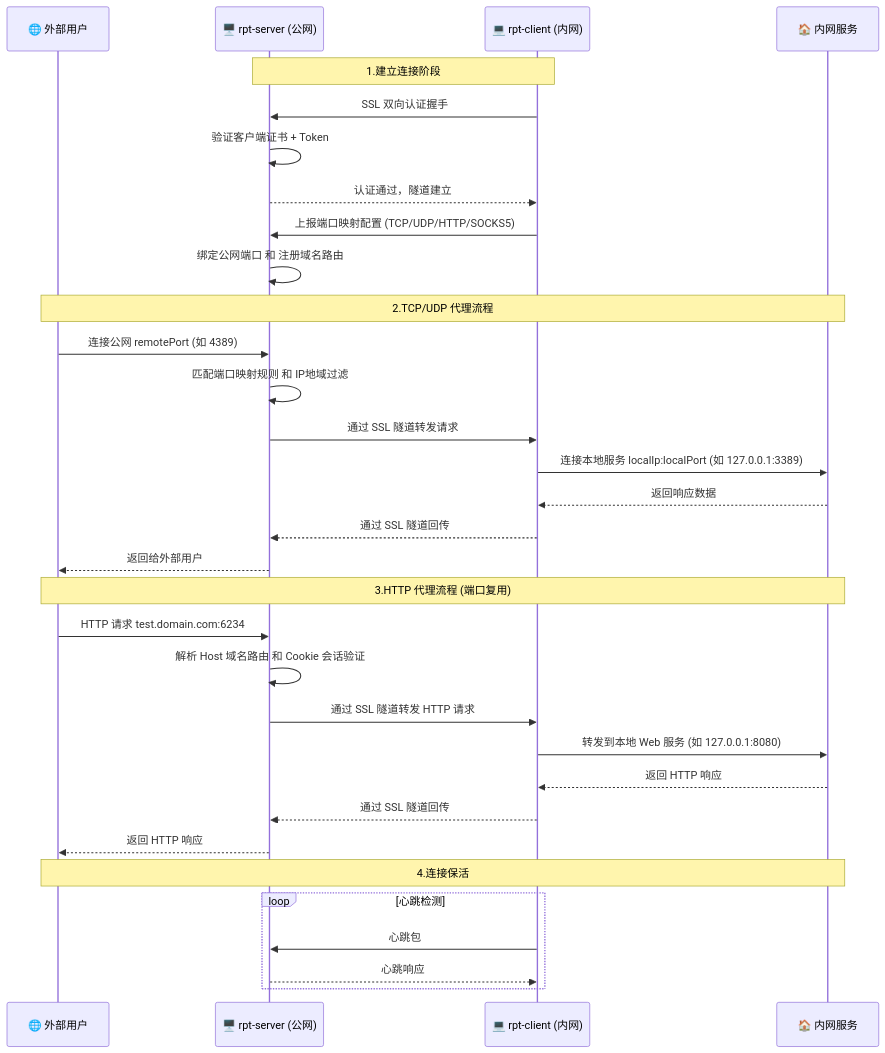
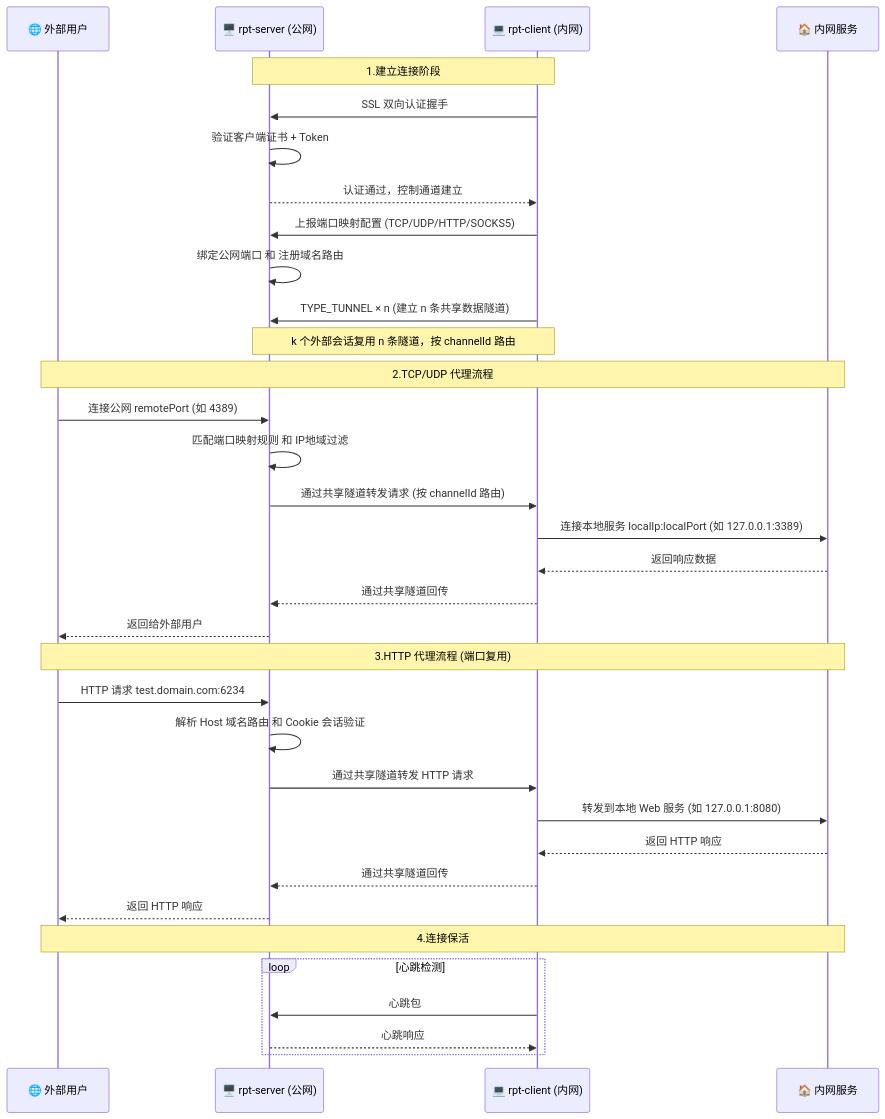
The diagram in README.md (iamlinhui/rpt), drawn with Mermaid before and after one commit. The commit also changed other lines of this file and 32 other files, not shown here.

````diff
--- a/README.md
+++ b/README.md
@@ -49,38 +49,40 @@
 ```mermaid
 sequenceDiagram
     participant U as 🌐 外部用户
     participant S as 🖥️ rpt-server (公网)
     participant C as 💻 rpt-client (内网)
     participant L as 🏠 内网服务
 
     Note over C,S: 1.建立连接阶段
     C->>S: SSL 双向认证握手
     S->>S: 验证客户端证书 + Token
-    S-->>C: 认证通过，隧道建立
+    S-->>C: 认证通过，控制通道建立
     C->>S: 上报端口映射配置 (TCP/UDP/HTTP/SOCKS5)
     S->>S: 绑定公网端口 和 注册域名路由
+    C->>S: TYPE_TUNNEL × n (建立 n 条共享数据隧道)
+    Note over C,S: k 个外部会话复用 n 条隧道，按 channelId 路由
 
     Note over U,L: 2.TCP/UDP 代理流程
     U->>S: 连接公网 remotePort (如 4389)
     S->>S: 匹配端口映射规则 和 IP地域过滤
-    S->>C: 通过 SSL 隧道转发请求
+    S->>C: 通过共享隧道转发请求 (按 channelId 路由)
     C->>L: 连接本地服务 localIp:localPort (如 127.0.0.1:3389)
     L-->>C: 返回响应数据
-    C-->>S: 通过 SSL 隧道回传
+    C-->>S: 通过共享隧道回传
     S-->>U: 返回给外部用户
 
     Note over U,L: 3.HTTP 代理流程 (端口复用)
     U->>S: HTTP 请求 test.domain.com:6234
     S->>S: 解析 Host 域名路由 和 Cookie 会话验证
-    S->>C: 通过 SSL 隧道转发 HTTP 请求
+    S->>C: 通过共享隧道转发 HTTP 请求
     C->>L: 转发到本地 Web 服务 (如 127.0.0.1:8080)
     L-->>C: 返回 HTTP 响应
-    C-->>S: 通过 SSL 隧道回传
+    C-->>S: 通过共享隧道回传
     S-->>U: 返回 HTTP 响应
 
     Note over U,L: 4.连接保活
     loop 心跳检测
         C->>S: 心跳包
         S-->>C: 心跳响应
     end
 ```
````
